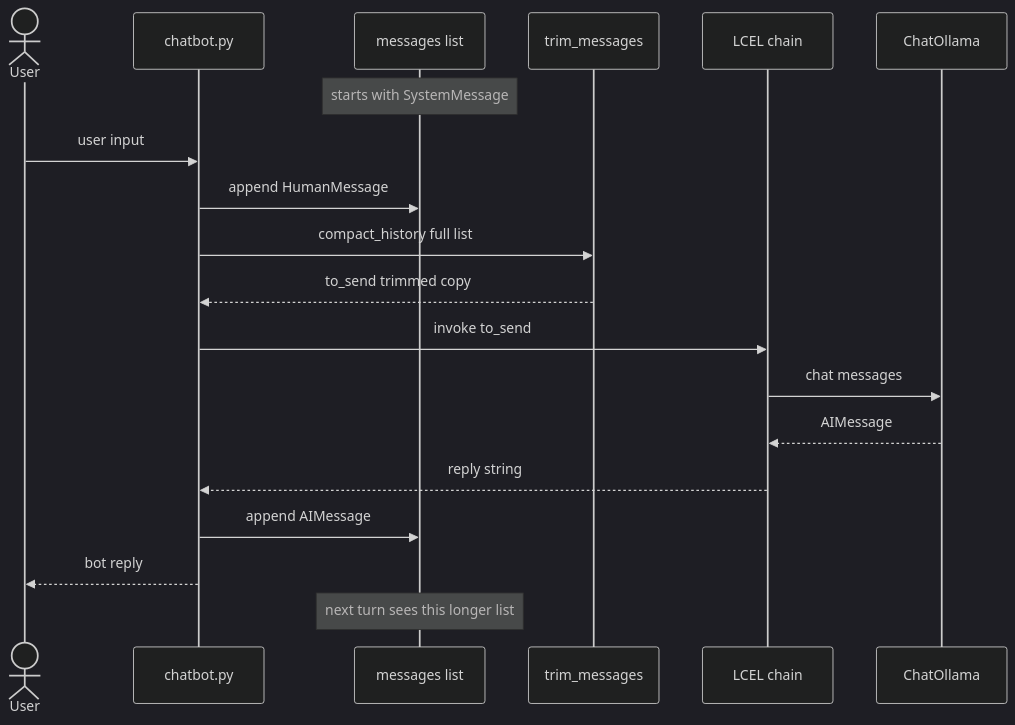
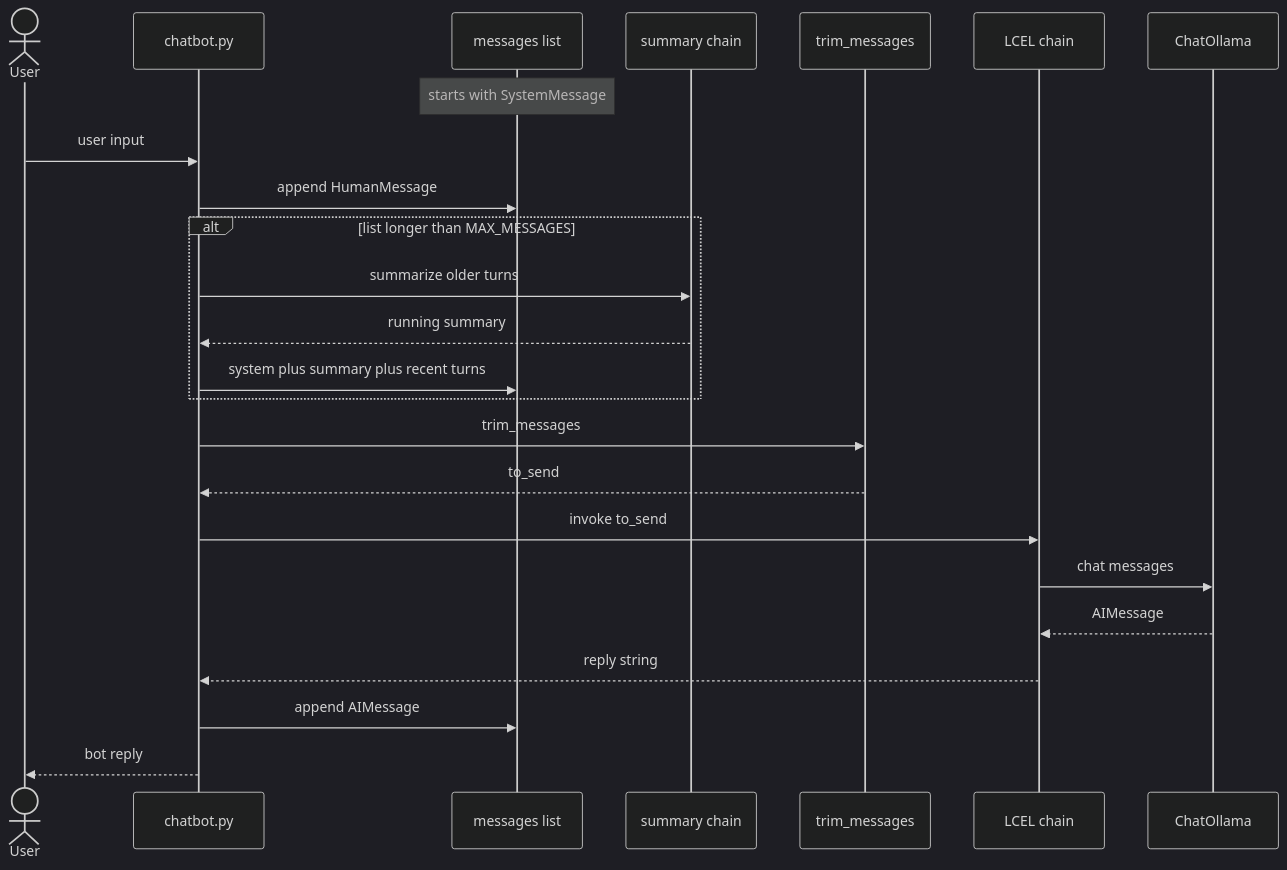
Before and after one commit to Marcussyl/langchain-first-chain: the second of 2 diagrams in study_notes.md, drawn with Mermaid (dark theme). The commit also changed other lines of this file and 2 other files, not shown here.

Commit message:
feat: implement soft trimming

````diff
--- a/study_notes.md
+++ b/study_notes.md
@@ -154,22 +161,27 @@
 ```mermaid
 sequenceDiagram
     actor User
     participant CLI as chatbot.py
     participant Memory as messages list
-    participant Trim as trim_messages
+    participant Soft as summary chain
+    participant Hard as trim_messages
     participant Chain as LCEL chain
     participant Ollama as ChatOllama
 
     Note over Memory: starts with SystemMessage
     User->>CLI: user input
     CLI->>Memory: append HumanMessage
-    CLI->>Trim: compact_history full list
-    Trim-->>CLI: to_send trimmed copy
+    alt list longer than MAX_MESSAGES
+        CLI->>Soft: summarize older turns
+        Soft-->>CLI: running summary
+        CLI->>Memory: system plus summary plus recent turns
+    end
+    CLI->>Hard: trim_messages
+    Hard-->>CLI: to_send
     CLI->>Chain: invoke to_send
     Chain->>Ollama: chat messages
     Ollama-->>Chain: AIMessage
     Chain-->>CLI: reply string
     CLI->>Memory: append AIMessage
     CLI-->>User: bot reply
-    Note over Memory: next turn sees this longer list
 ```
````
